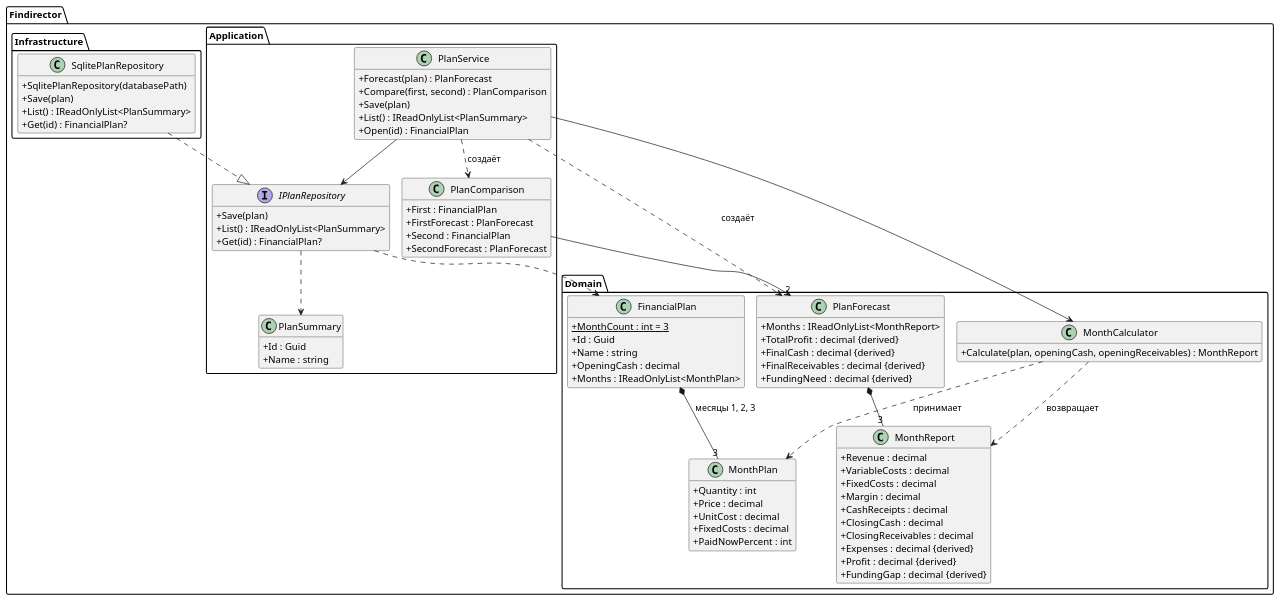
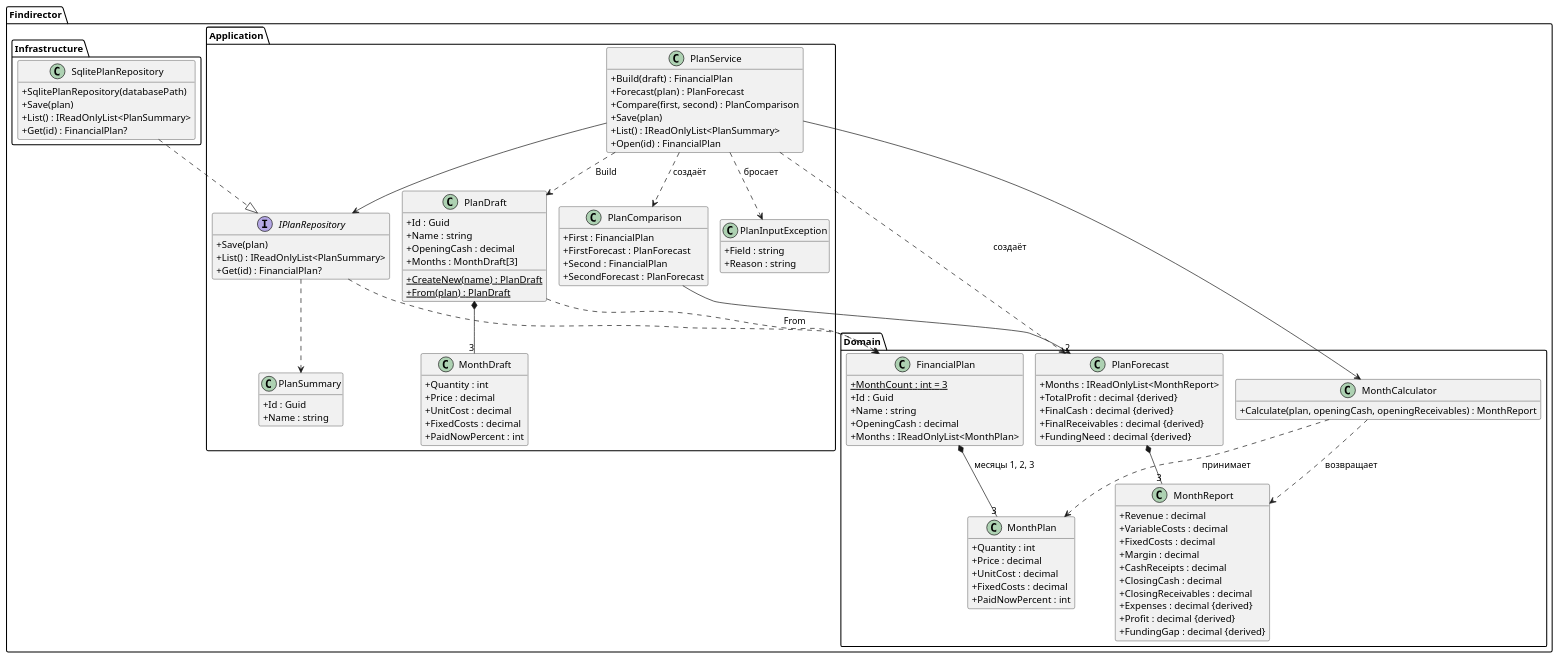
Before and after one commit to Lev12345678901234567890/Findirector: the diagram in docs/diagrams/domain.puml, drawn with PlantUML. The commit also changed 45 other files, not shown here.

```diff
--- a/docs/diagrams/domain.puml
+++ b/docs/diagrams/domain.puml
@@ -1,91 +1,115 @@
 @startuml
 !pragma layout smetana
 skinparam classAttributeIconSize 0
 hide empty members
 
 package "Findirector.Domain" {
   class FinancialPlan {
     +{static} MonthCount : int = 3
     +Id : Guid
     +Name : string
     +OpeningCash : decimal
     +Months : IReadOnlyList<MonthPlan>
   }
   class MonthPlan {
     +Quantity : int
     +Price : decimal
     +UnitCost : decimal
     +FixedCosts : decimal
     +PaidNowPercent : int
   }
   class MonthCalculator {
     +Calculate(plan, openingCash, openingReceivables) : MonthReport
   }
   class MonthReport {
     +Revenue : decimal
     +VariableCosts : decimal
     +FixedCosts : decimal
     +Margin : decimal
     +CashReceipts : decimal
     +ClosingCash : decimal
     +ClosingReceivables : decimal
     +Expenses : decimal {derived}
     +Profit : decimal {derived}
     +FundingGap : decimal {derived}
   }
   class PlanForecast {
     +Months : IReadOnlyList<MonthReport>
     +TotalProfit : decimal {derived}
     +FinalCash : decimal {derived}
     +FinalReceivables : decimal {derived}
     +FundingNeed : decimal {derived}
   }
 }
 
 package "Findirector.Application" {
   class PlanService {
+    +Build(draft) : FinancialPlan
     +Forecast(plan) : PlanForecast
     +Compare(first, second) : PlanComparison
     +Save(plan)
     +List() : IReadOnlyList<PlanSummary>
     +Open(id) : FinancialPlan
   }
   interface IPlanRepository {
     +Save(plan)
     +List() : IReadOnlyList<PlanSummary>
     +Get(id) : FinancialPlan?
   }
   class PlanComparison {
     +First : FinancialPlan
     +FirstForecast : PlanForecast
     +Second : FinancialPlan
     +SecondForecast : PlanForecast
   }
   class PlanSummary {
     +Id : Guid
     +Name : string
+  }
+  class PlanDraft {
+    +Id : Guid
+    +Name : string
+    +OpeningCash : decimal
+    +Months : MonthDraft[3]
+    +{static} CreateNew(name) : PlanDraft
+    +{static} From(plan) : PlanDraft
+  }
+  class MonthDraft {
+    +Quantity : int
+    +Price : decimal
+    +UnitCost : decimal
+    +FixedCosts : decimal
+    +PaidNowPercent : int
+  }
+  class PlanInputException {
+    +Field : string
+    +Reason : string
   }
 }
 
 package "Findirector.Infrastructure" {
   class SqlitePlanRepository {
     +SqlitePlanRepository(databasePath)
     +Save(plan)
     +List() : IReadOnlyList<PlanSummary>
     +Get(id) : FinancialPlan?
   }
 }
 
 SqlitePlanRepository ..|> IPlanRepository
 FinancialPlan *-- "3" MonthPlan : месяцы 1, 2, 3
 PlanForecast *-- "3" MonthReport
 MonthCalculator ..> MonthPlan : принимает
 MonthCalculator ..> MonthReport : возвращает
 PlanService --> MonthCalculator
 PlanService --> IPlanRepository
 PlanService ..> PlanForecast : создаёт
 PlanService ..> PlanComparison : создаёт
 PlanComparison --> "2" PlanForecast
 IPlanRepository ..> FinancialPlan
 IPlanRepository ..> PlanSummary
+PlanDraft *-- "3" MonthDraft
+PlanService ..> PlanDraft : Build
+PlanService ..> PlanInputException : бросает
+PlanDraft ..> FinancialPlan : From
 @enduml
```
